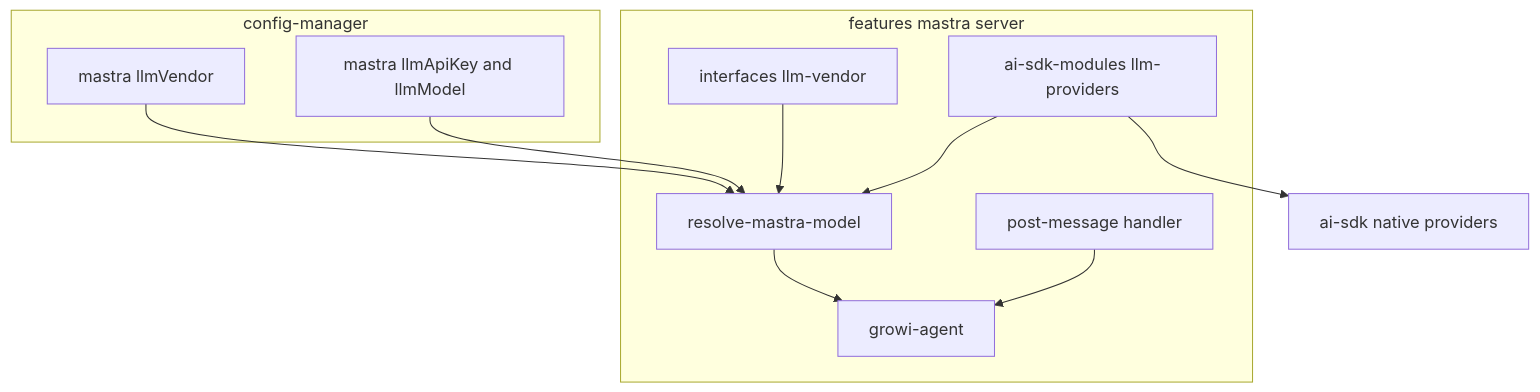
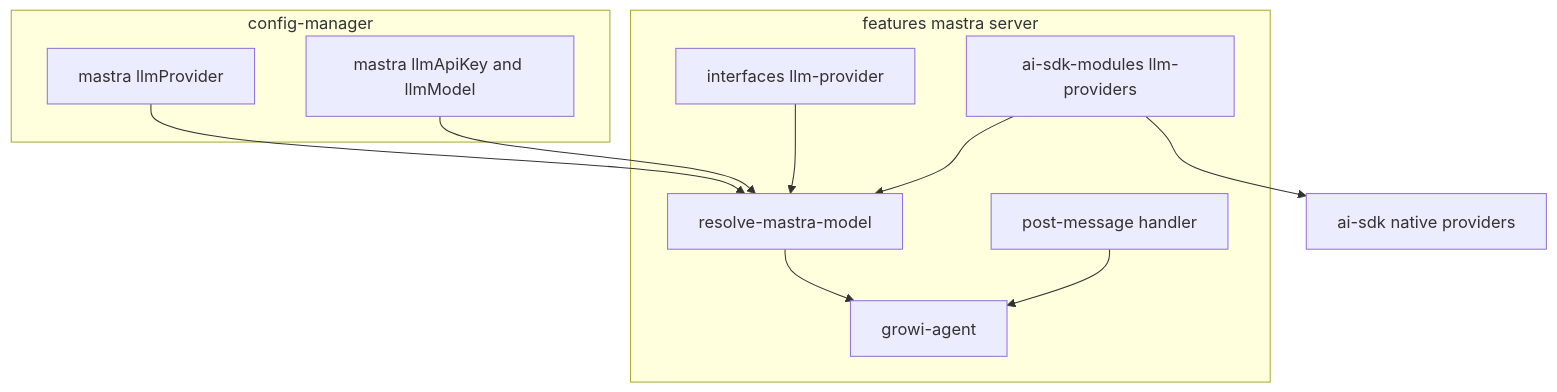
The first of 2 diagrams in .kiro/specs/multi-llm-provider/design.md (growilabs/growi), drawn with Mermaid before and after one commit. The commit also changed other lines of this file and 14 other files, not shown here.

First line of the commit message:
refactor(multi-llm-provider): rename vendor -> provider (config key, type, file)

````diff
--- a/.kiro/specs/multi-llm-provider/design.md
+++ b/.kiro/specs/multi-llm-provider/design.md
@@ -63,23 +63,23 @@
 ```mermaid
 graph TB
   subgraph config[config-manager]
-    Vendor[mastra llmVendor]
+    Provider[mastra llmProvider]
     Keys[mastra llmApiKey and llmModel]
   end
   subgraph mastra[features mastra server]
-    VendorTypes[interfaces llm-vendor]
+    VendorTypes[interfaces llm-provider]
     Factories[ai-sdk-modules llm-providers]
     Resolver[resolve-mastra-model]
     Agent[growi-agent]
     Route[post-message handler]
   end
   SDK[ai-sdk native providers]
 
   VendorTypes --> Resolver
-  Vendor --> Resolver
+  Provider --> Resolver
   Keys --> Resolver
   Factories --> Resolver
   Factories --> SDK
   Resolver --> Agent
   Route --> Agent
 ```
````
